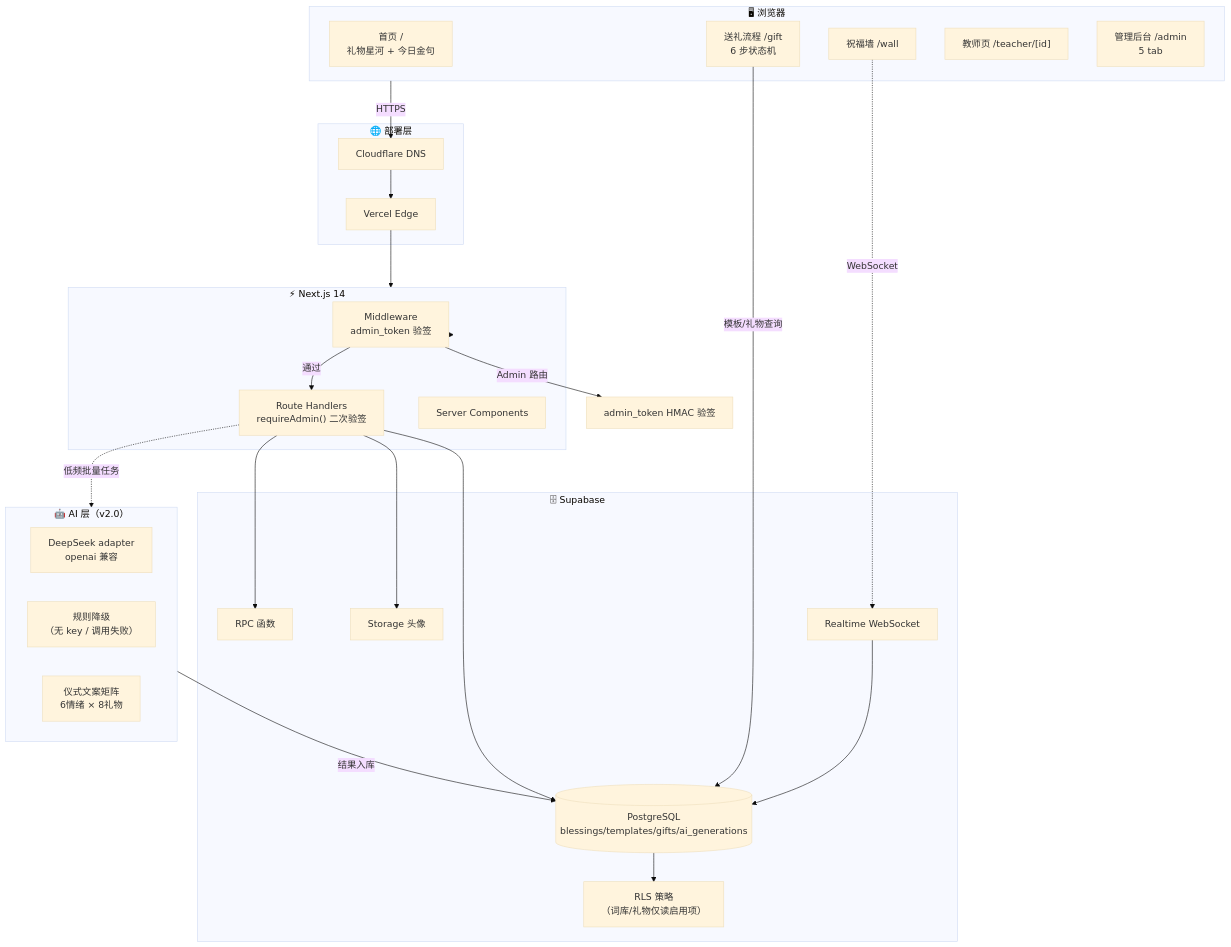
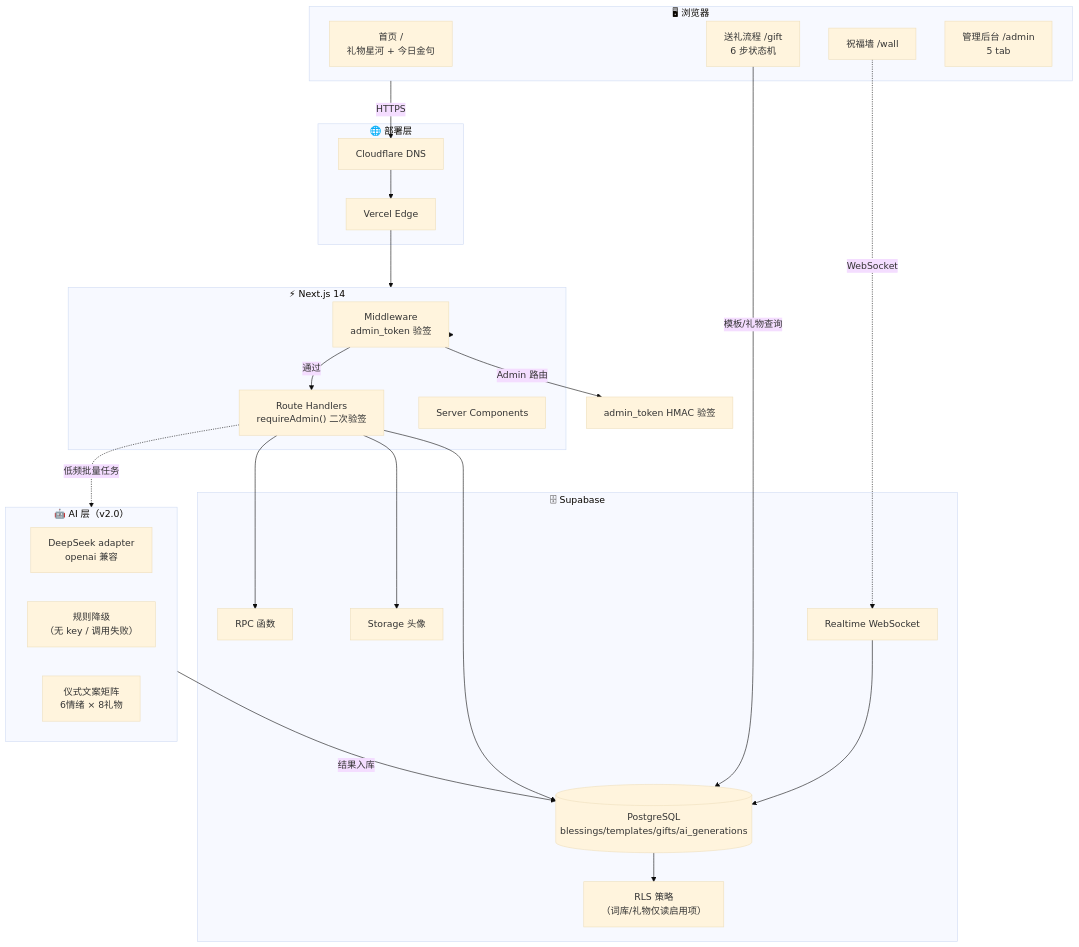
The second of 5 diagrams in docs/ARCHITECTURE.md (shh32010/Teacher-wishes), drawn with Mermaid (base theme) before and after one commit. The commit also changed other lines of this file and 13 other files, not shown here.

````diff
--- a/docs/ARCHITECTURE.md
+++ b/docs/ARCHITECTURE.md
@@ -221,51 +218,50 @@
 ```mermaid
 flowchart TB
     subgraph Client["🖥 浏览器"]
         Home["首页 /\n礼物星河 + 今日金句"]
         Gift["送礼流程 /gift\n6 步状态机"]
         Wall["祝福墙 /wall"]
-        Teacher["教师页 /teacher/[id]"]
         Admin["管理后台 /admin\n5 tab"]
     end
 
     subgraph Next["⚡ Next.js 14"]
         Middleware["Middleware\nadmin_token 验签"]
         API["Route Handlers\nrequireAdmin() 二次验签"]
         SSR["Server Components"]
     end
 
     subgraph AI["🤖 AI 层（v2.0）"]
         Adapter["DeepSeek adapter\nopenai 兼容"]
         Fallback["规则降级\n（无 key / 调用失败）"]
         Matrix["仪式文案矩阵\n6情绪 × 8礼物"]
     end
 
     subgraph Supabase["🗄 Supabase"]
         PG[("PostgreSQL\nblessings/templates/gifts/ai_generations")]
         RLS["RLS 策略\n（词库/礼物仅读启用项）"]
         RPC["RPC 函数"]
         RT["Realtime WebSocket"]
         Storage["Storage 头像"]
     end
 
     subgraph CDN["🌐 部署层"]
         Vercel["Vercel Edge"]
         CF["Cloudflare DNS"]
     end
 
     Client -->|HTTPS| CF
     CF --> Vercel
     Vercel --> Next
     Next --> Middleware
     Middleware -->|Admin 路由| Token["admin_token HMAC 验签"]
     Middleware -->|通过| API
     API --> PG
     API --> Storage
     API --> RPC
     API -.->|低频批量任务| AI
     AI -->|结果入库| PG
     PG --> RLS
     Gift -->|模板/礼物查询| PG
     Wall -.->|WebSocket| RT
     RT --> PG
 ```
````
